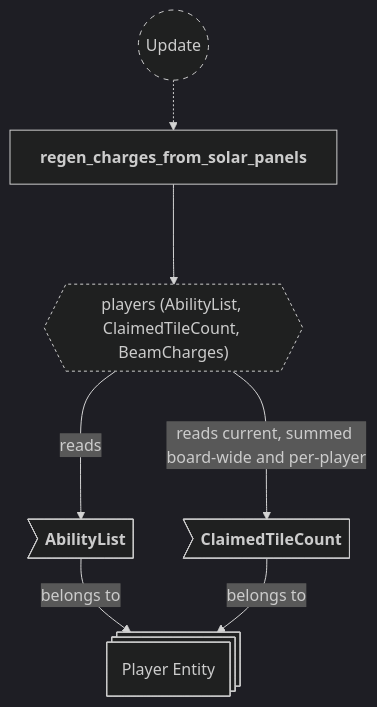
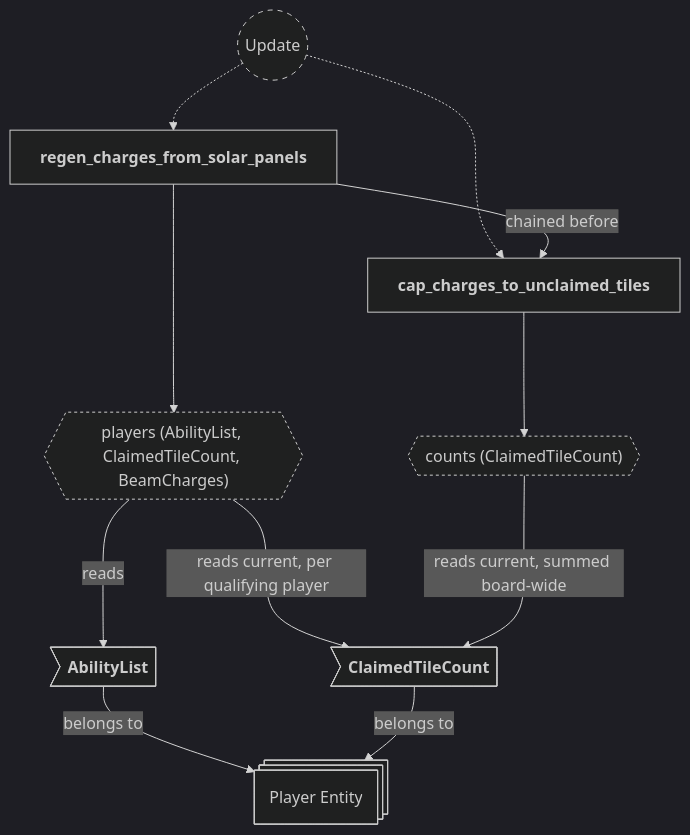
One commit to neurosoup/tyled changed the third of 6 diagrams in backlog/docs/doc-23 - 021-Charge-plugin.md. Above: the diagram before and after it, drawn with Mermaid. The commit also changed other lines of this file and 5 other files, not shown here.

````diff
--- a/backlog/docs/doc-23 - 021-Charge-plugin.md
+++ b/backlog/docs/doc-23 - 021-Charge-plugin.md
@@ -122,26 +132,32 @@
 ```mermaid
 ---
 config:
   theme: dark
 ---
 
 flowchart TD
 classDef system-group stroke-dasharray: 5 5
 classDef query stroke-dasharray: 3 3
 
 update(("`Update`")):::system-group
 regen["`**regen_charges_from_solar_panels**`"]
+cap["`**cap_charges_to_unclaimed_tiles**`"]
 
 update -.-> regen
+update -.-> cap
+regen --> |chained before| cap
 
 players_query{{"`players (AbilityList, ClaimedTileCount, BeamCharges)`"}}:::query
+counts_query{{"`counts (ClaimedTileCount)`"}}:::query
 regen ---> players_query
+cap ---> counts_query
 
 player_entity@{ shape: st-rect, label: "Player Entity" }
 
 ability_list>"`**AbilityList**`"] --> |belongs to| player_entity
 claimed_tile_count>"`**ClaimedTileCount**`"] --> |belongs to| player_entity
 
 players_query ---> |reads| ability_list
-players_query ---> |reads current, summed board-wide and per-player| claimed_tile_count
+players_query ---> |reads current, per qualifying player| claimed_tile_count
+counts_query ---> |reads current, summed board-wide| claimed_tile_count
 ```
````
